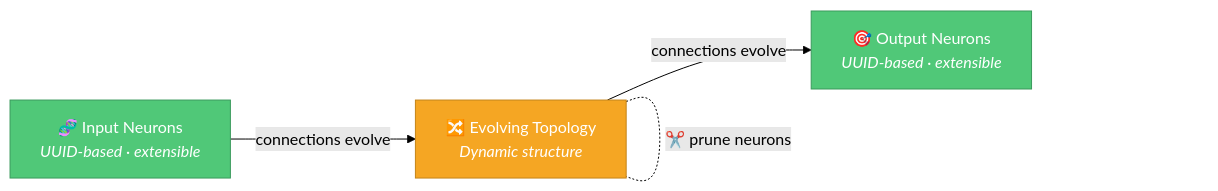
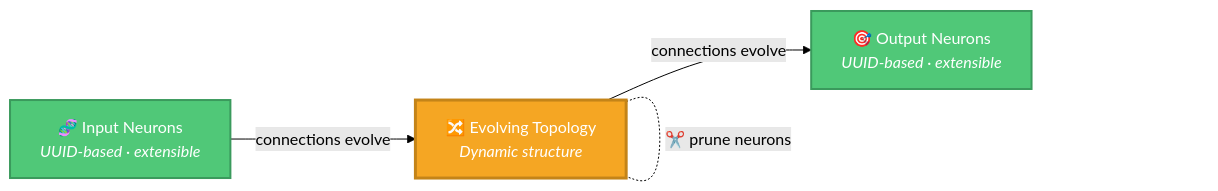
One commit to stSoftwareAU/NEAT-AI changed the fifth of 5 diagrams in COMPARISON.md. Above: the diagram before and after it, drawn with Mermaid (forest theme). The commit also changed other lines of this file and 19 other files, not shown here.

````diff
--- a/COMPARISON.md
+++ b/COMPARISON.md
@@ -226,16 +232,16 @@
 ```mermaid
 graph LR
     I["🧬 Input Neurons<br/><i>UUID-based · extensible</i>"]
     E["🔀 Evolving Topology<br/><i>Dynamic structure</i>"]
     O["🎯 Output Neurons<br/><i>UUID-based · extensible</i>"]
 
     I -->|"connections evolve"| E
     E -->|"connections evolve"| O
 
     E -.-|"➕ add neurons"| E
     E -.-|"✂️ prune neurons"| E
 
-    style I fill:#50C878,stroke:#3A9A5C,color:#fff
-    style E fill:#F5A623,stroke:#C48418,color:#fff
-    style O fill:#50C878,stroke:#3A9A5C,color:#fff
+    style I fill:#50C878,stroke:#3A9A5C,color:#fff,stroke-width:2px
+    style E fill:#F5A623,stroke:#C48418,color:#fff,stroke-width:3px
+    style O fill:#50C878,stroke:#3A9A5C,color:#fff,stroke-width:2px
 ```
````
